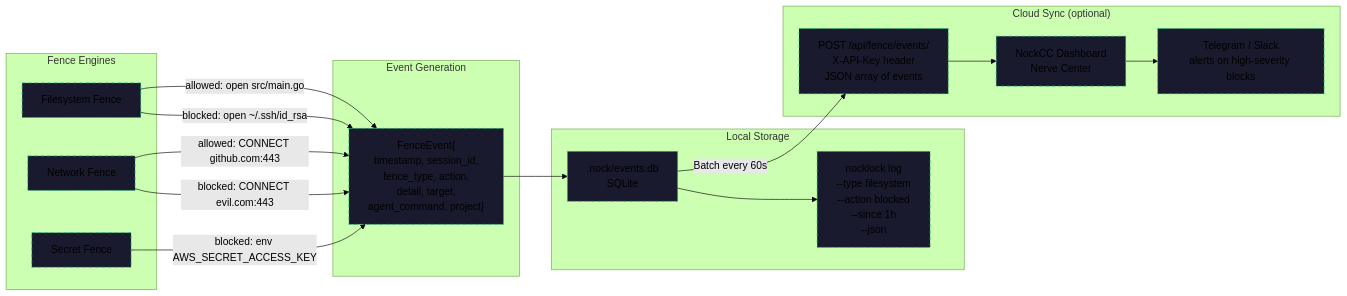
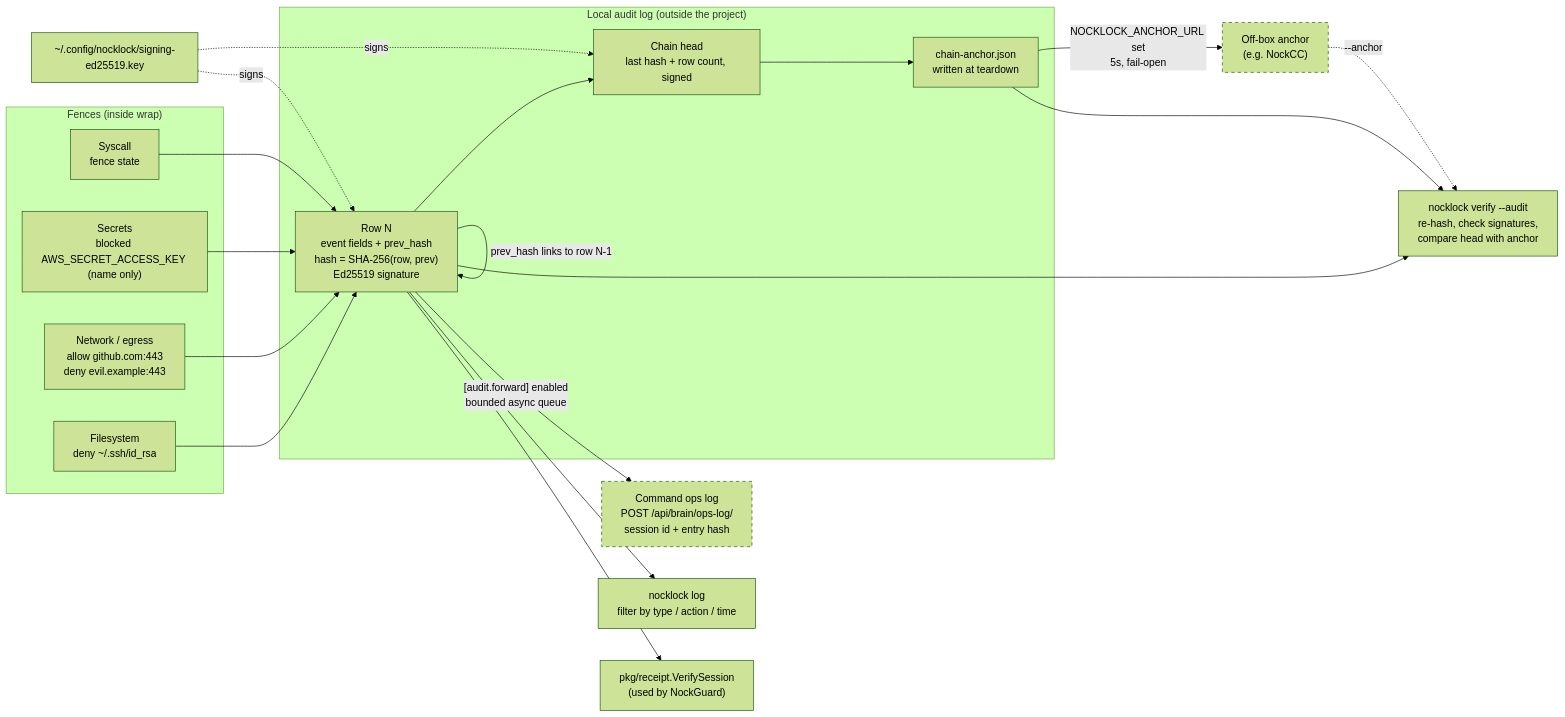
One commit to nocktechnologies/nocklock changed the diagram in .claude/diagrams/event-flow.mermaid. Above: the diagram before and after it, drawn with Mermaid (forest theme). The commit also changed 5 other files, not shown here.

First line of the commit message:
docs: replace stale Mermaid diagrams with the shipped v0.6.1 design (#158)

```diff
--- a/.claude/diagrams/event-flow.mermaid
+++ b/.claude/diagrams/event-flow.mermaid
@@ -1,31 +1,39 @@
 %% NockLock — Event Flow
-%% Fence events → SQLite → log command → cloud sync
+%% Fence decisions → signed hash chain → chain-head anchor → verify.
+%% Command forwarding is opt-in and never changes local rows.
 
 flowchart LR
-    subgraph "Fence Engines"
-        FS["Filesystem Fence"]
-        NET["Network Fence"]
-        SEC["Secret Fence"]
+    subgraph "Fences (inside wrap)"
+        FS["Filesystem<br/>deny ~/.ssh/id_rsa"]
+        NET["Network / egress<br/>allow github.com:443<br/>deny evil.example:443"]
+        SEC["Secrets<br/>blocked AWS_SECRET_ACCESS_KEY (name only)"]
+        SYS["Syscall<br/>fence state"]
     end
 
-    subgraph "Event Generation"
-        FS -->|"blocked: open ~/.ssh/id_rsa"| EVT["FenceEvent{<br/>timestamp, session_id,<br/>fence_type, action,<br/>detail, target,<br/>agent_command, project}"]
-        NET -->|"blocked: CONNECT evil.com:443"| EVT
-        SEC -->|"blocked: env AWS_SECRET_ACCESS_KEY"| EVT
-        FS -->|"allowed: open src/main.go"| EVT
-        NET -->|"allowed: CONNECT github.com:443"| EVT
+    subgraph "Local audit log (outside the project)"
+        ROW["Row N<br/>event fields + prev_hash<br/>hash = SHA-256(row, prev)<br/>Ed25519 signature"]
+        HEAD["Chain head<br/>last hash + row count, signed"]
+        ANCH["chain-anchor.json<br/>written at teardown"]
+        ROW -->|"prev_hash links to row N-1"| ROW
+        ROW --> HEAD --> ANCH
     end
 
-    subgraph "Local Storage"
-        EVT --> DB[".nock/events.db<br/>SQLite"]
-        DB --> LOG["nocklock log<br/>--type filesystem<br/>--action blocked<br/>--since 1h<br/>--json"]
-    end
+    FS --> ROW
+    NET --> ROW
+    SEC --> ROW
+    SYS --> ROW
 
-    subgraph "Cloud Sync (optional)"
-        DB -->|"Batch every 60s"| API["POST /api/fence/events/<br/>X-API-Key header<br/>JSON array of events"]
-        API --> NCC["NockCC Dashboard<br/>Nerve Center"]
-        NCC --> ALERT["Telegram / Slack<br/>alerts on high-severity blocks"]
-    end
+    KEY["~/.config/nocklock/signing-ed25519.key"] -. signs .-> ROW
+    KEY -. signs .-> HEAD
 
-    classDef planned fill:#1a1a2e,stroke:#10B981,stroke-dasharray: 5 5
-    class FS,NET,SEC,EVT,DB,LOG,API,NCC,ALERT planned
+    ANCH -->|"NOCKLOCK_ANCHOR_URL set<br/>5s, fail-open"| OFF["Off-box anchor<br/>(e.g. NockCC)"]
+    ROW -->|"[audit.forward] enabled<br/>bounded async queue"| CMD["Command ops log<br/>POST /api/brain/ops-log/<br/>session id + entry hash"]
+
+    ROW --> LOG["nocklock log<br/>filter by type / action / time"]
+    ROW --> VER["nocklock verify --audit<br/>re-hash, check signatures,<br/>compare head with anchor"]
+    ANCH --> VER
+    OFF -. "--anchor" .-> VER
+    ROW --> RCPT["pkg/receipt.VerifySession<br/>(used by NockGuard)"]
+
+    classDef optional stroke-dasharray: 5 5
+    class OFF,CMD optional
```
